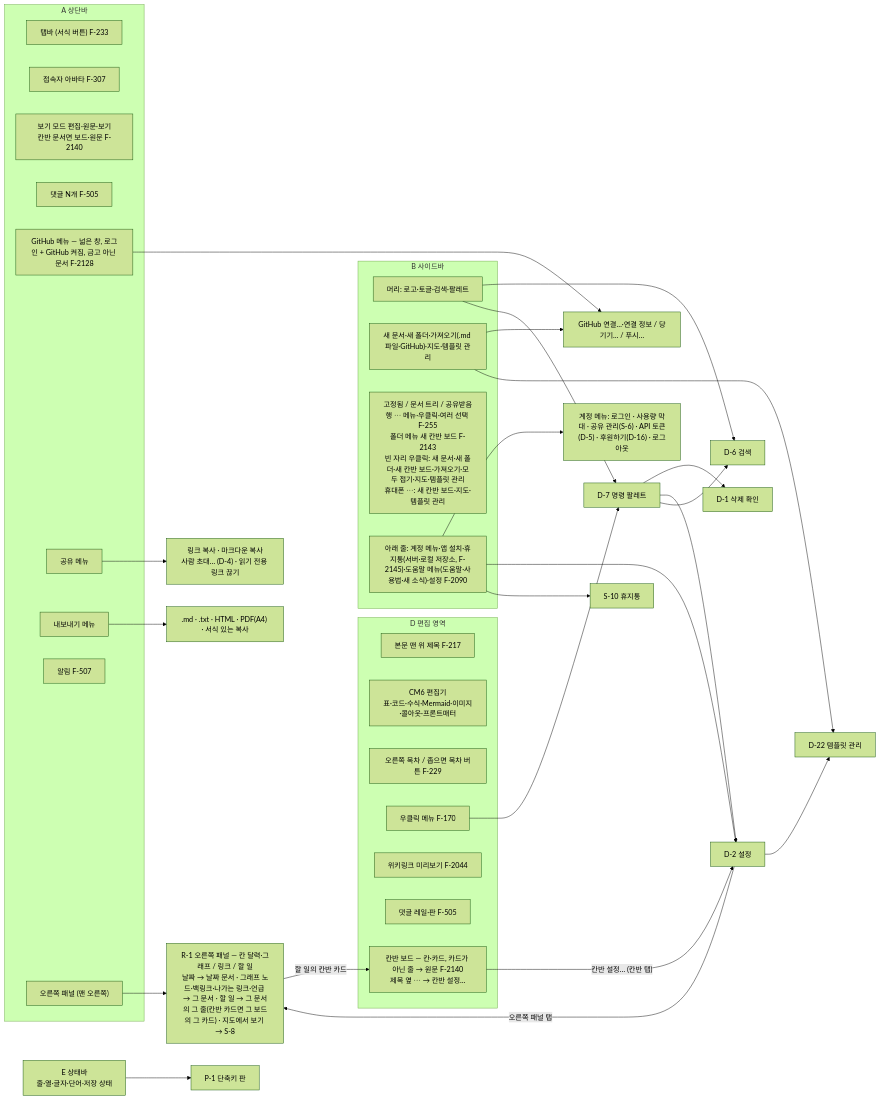
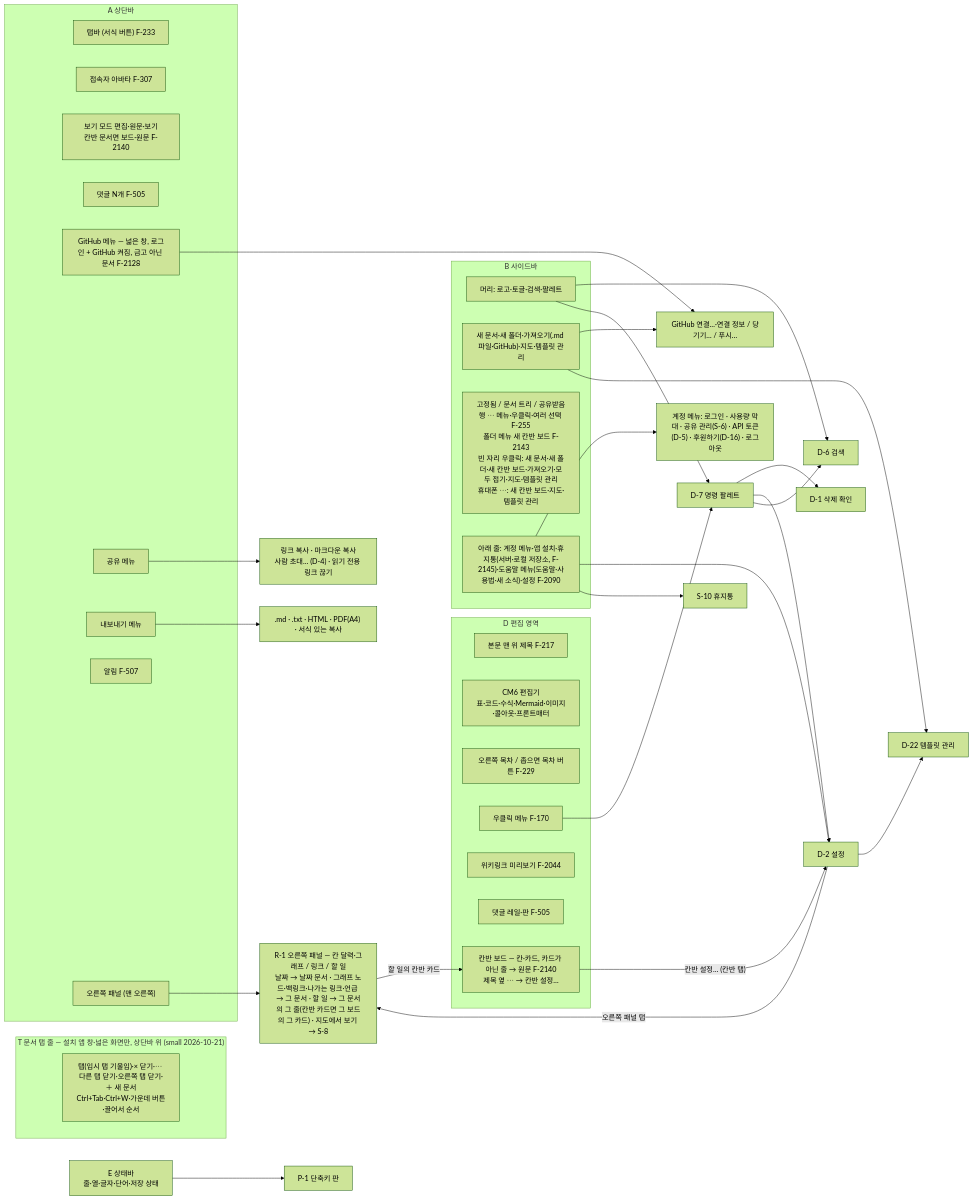
Before and after one commit to R00neyj/rawdoc: the third of 5 diagrams in specs/map.md, drawn with Mermaid (forest theme). The commit also changed 21 other files, not shown here.

````diff
--- a/specs/map.md
+++ b/specs/map.md
@@ -78,51 +78,54 @@
 ```mermaid
 flowchart LR
+  subgraph T["T 문서 탭 줄 — 설치 앱 창·넓은 화면만, 상단바 위 (small 2026-10-21)"]
+    T1["탭(임시 탭 기울임)·× 닫기·⋯ 다른 탭 닫기·오른쪽 탭 닫기·＋ 새 문서<br/>Ctrl+Tab·Ctrl+W·가운데 버튼·끌어서 순서"]
+  end
   subgraph A["A 상단바"]
     A1["탭바 (서식 버튼) F-233"]
     A2["접속자 아바타 F-307"]
     A3["보기 모드 편집·원문·보기<br/>칸반 문서면 보드·원문 F-2140"]
     A4["댓글 N개 F-505"]
     A5["GitHub 메뉴 — 넓은 창, 로그인 + GitHub 켜짐, 금고 아닌 문서 F-2128"]
     A6["공유 메뉴"]
     A7["내보내기 메뉴"]
     A8["알림 F-507"]
     A9["오른쪽 패널 (맨 오른쪽)"]
   end
   subgraph B["B 사이드바"]
     B1["머리: 로고·토글·검색·팔레트"]
     B2["새 문서·새 폴더·가져오기(.md 파일·GitHub)·지도·템플릿 관리"]
     B3["고정됨 / 문서 트리 / 공유받음<br/>행 ⋯ 메뉴·우클릭·여러 선택 F-255<br/>폴더 메뉴 새 칸반 보드 F-2143<br/>빈 자리 우클릭: 새 문서·새 폴더·새 칸반 보드·가져오기·모두 접기·지도·템플릿 관리<br/>휴대폰 ⋯: 새 칸반 보드·지도·템플릿 관리"]
     B4["아래 줄: 계정 메뉴·앱 설치·휴지통(서버·로컬 저장소, F-2145)·도움말 메뉴(도움말·사용법·새 소식)·설정 F-2090"]
   end
   subgraph D["D 편집 영역"]
     D1["본문 맨 위 제목 F-217"]
     D2["CM6 편집기<br/>표·코드·수식·Mermaid·이미지·콜아웃·프론트매터"]
     D3["오른쪽 목차 / 좁으면 목차 버튼 F-229"]
     D4["우클릭 메뉴 F-170"]
     D5["위키링크 미리보기 F-2044"]
     D6["댓글 레일·판 F-505"]
     D7["칸반 보드 — 칸·카드, 카드가 아닌 줄 → 원문 F-2140<br/>제목 옆 ⋯ → 칸반 설정…"]
   end
   E["E 상태바<br/>줄·열·글자·단어·저장 상태"]
 
   A6 --> share["링크 복사 · 마크다운 복사<br/>사람 초대… (D-4) · 읽기 전용 링크 끊기"]
   A7 --> export[".md · .txt · HTML · PDF(A4) · 서식 있는 복사"]
   B4 --> account["계정 메뉴: 로그인 · 사용량 막대 · 공유 관리(S-6) · API 토큰(D-5) · 후원하기(D-16) · 로그아웃"]
   A5 --> ghdlg["GitHub 연결…·연결 정보 / 당기기… / 푸시…"]
   B2 --> ghdlg
   B1 --> D6dlg["D-6 검색"]
   B1 --> D7dlg["D-7 명령 팔레트"]
   B4 --> D2dlg["D-2 설정"]
   B4 --> S10t["S-10 휴지통"]
   B2 --> D22dlg["D-22 템플릿 관리"]
   D2dlg --> D22dlg
   D4 --> D7dlg
   D7dlg --> D1dlg["D-1 삭제 확인"]
   D7dlg --> D2dlg
   D7dlg --> D6dlg
   E --> P1["P-1 단축키 판"]
   A9 --> R1["R-1 오른쪽 패널 — 칸 달력·그래프 / 링크 / 할 일<br/>날짜 → 날짜 문서 · 그래프 노드·백링크·나가는 링크·언급 → 그 문서 · 할 일 → 그 문서의 그 줄(칸반 카드면 그 보드의 그 카드) · 지도에서 보기 → S-8"]
   D2dlg -- "오른쪽 패널 탭" --> R1
   D7 -- "칸반 설정… (칸반 탭)" --> D2dlg
   R1 -- "할 일의 칸반 카드" --> D7
 ```
````
